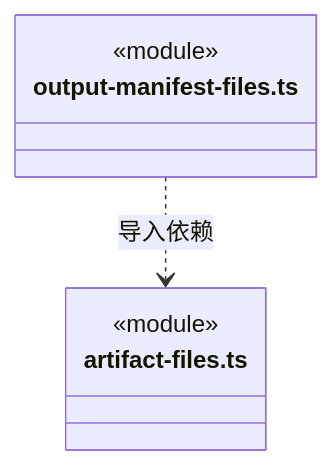
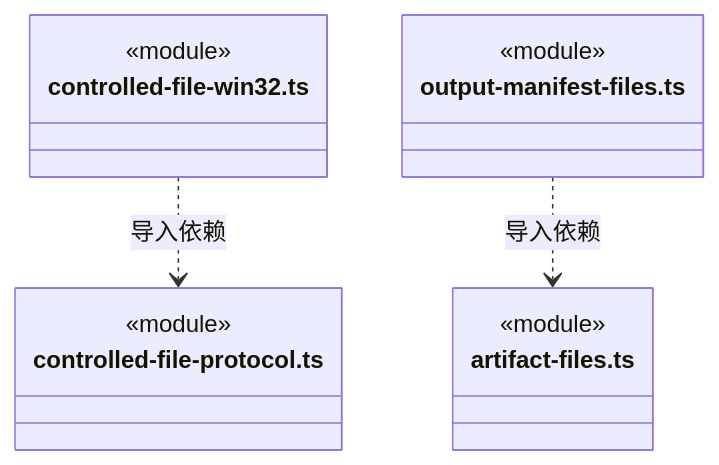
Diagram 22 of 22 in src/backend/main/platform/ARCHITECTURE.md (nan023062/cbim), drawn with Mermaid before and after one commit. The commit also changed other lines of this file and 47 other files, not shown here.

````diff
--- a/src/backend/main/platform/ARCHITECTURE.md
+++ b/src/backend/main/platform/ARCHITECTURE.md
@@ -451,10 +489,17 @@
 ```mermaid
 classDiagram
+class N_src_backend_main_platform_controlled_file_win32_ts["controlled-file-win32.ts"] {
+  <<module>>
+}
+class N_src_backend_main_platform_controlled_file_protocol_ts["controlled-file-protocol.ts"] {
+  <<module>>
+}
 class N_src_backend_main_platform_output_manifest_files_ts["output-manifest-files.ts"] {
   <<module>>
 }
 class N_src_backend_main_platform_artifact_files_ts["artifact-files.ts"] {
   <<module>>
 }
+N_src_backend_main_platform_controlled_file_win32_ts ..> N_src_backend_main_platform_controlled_file_protocol_ts : 导入依赖
 N_src_backend_main_platform_output_manifest_files_ts ..> N_src_backend_main_platform_artifact_files_ts : 导入依赖
 ```
````
